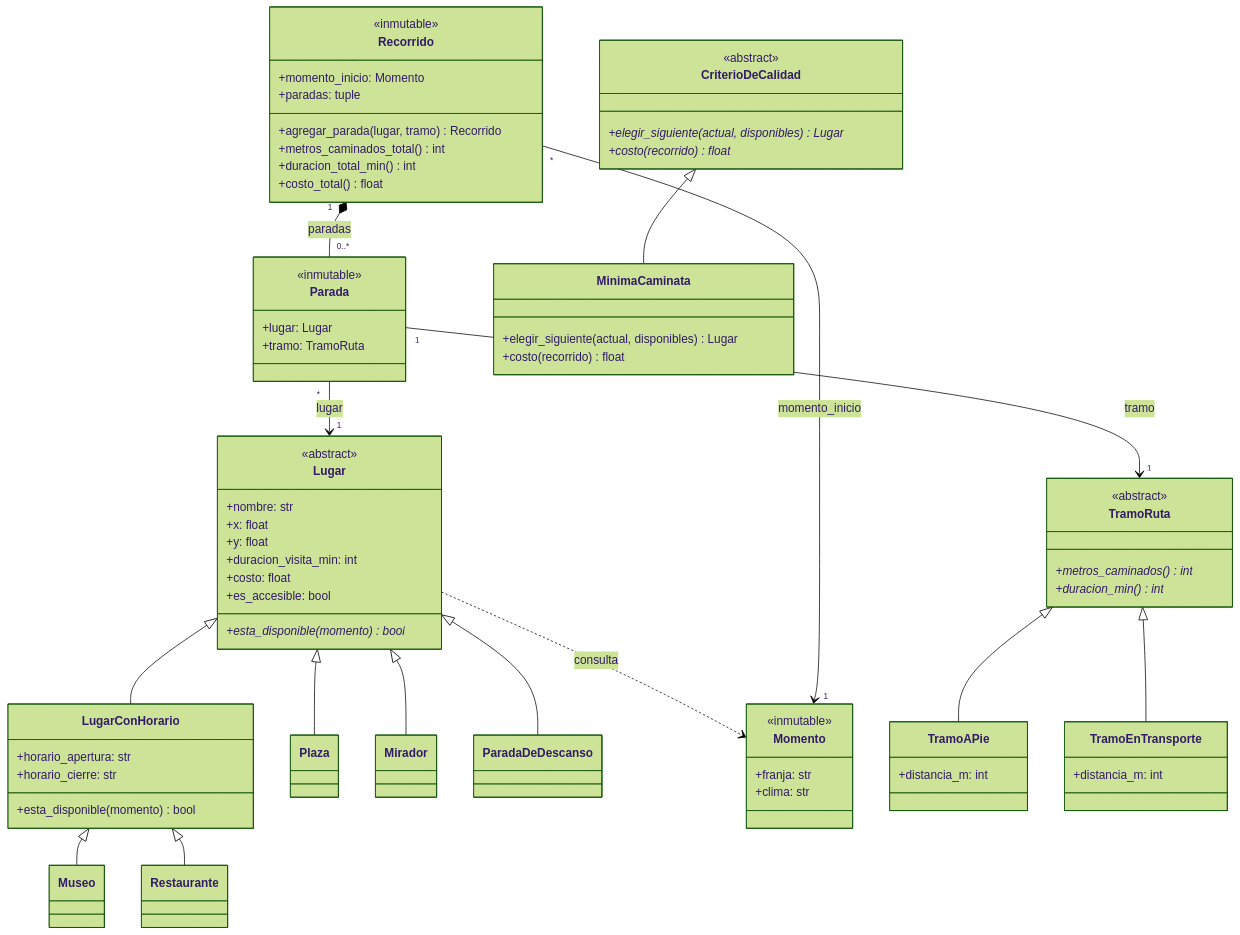
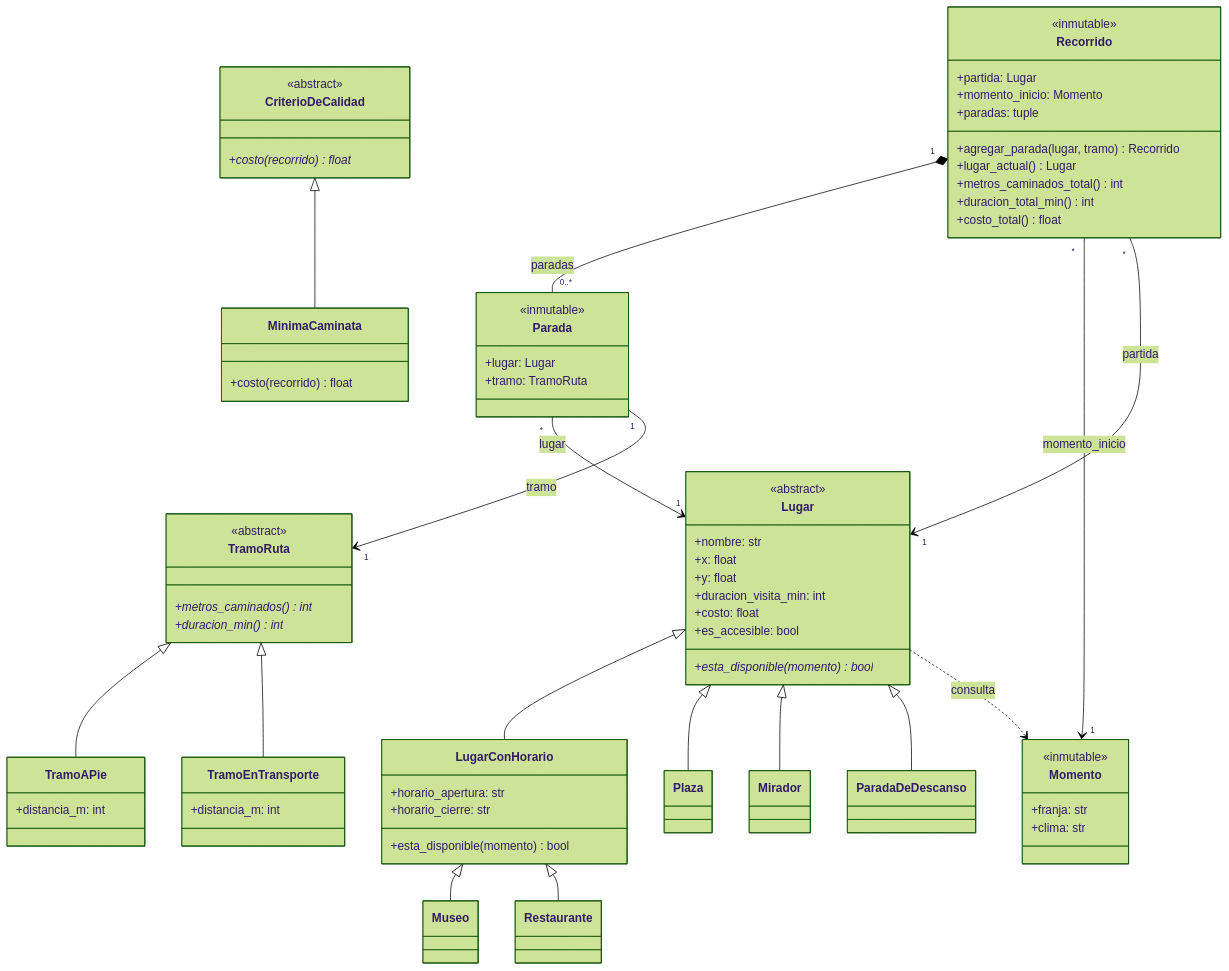
Before and after one commit to ernelol/ruta-viva: the diagram in DISENO.md, drawn with Mermaid (forest theme). The commit also changed other lines of this file and 5 other files, not shown here.

First line of the commit message:
Cambio de requisito: el criterio tiene una sola medida y el Recorrido conoce su partida

````diff
--- a/DISENO.md
+++ b/DISENO.md
@@ -15,81 +15,82 @@
 ```mermaid
 classDiagram
     class Lugar {
         <<abstract>>
         +nombre: str
         +x: float
         +y: float
         +duracion_visita_min: int
         +costo: float
         +es_accesible: bool
         +esta_disponible(momento) bool*
     }
     class LugarConHorario {
         +horario_apertura: str
         +horario_cierre: str
         +esta_disponible(momento) bool
     }
     class Museo
     class Restaurante
     class Plaza
     class Mirador
     class ParadaDeDescanso
     Lugar <|-- LugarConHorario
     LugarConHorario <|-- Museo
     LugarConHorario <|-- Restaurante
     Lugar <|-- Plaza
     Lugar <|-- Mirador
     Lugar <|-- ParadaDeDescanso
 
     class Momento {
         <<inmutable>>
         +franja: str
         +clima: str
     }
     Lugar ..> Momento : consulta
 
     class TramoRuta {
         <<abstract>>
         +metros_caminados() int*
         +duracion_min() int*
     }
     class TramoAPie {
         +distancia_m: int
     }
     class TramoEnTransporte {
         +distancia_m: int
     }
     TramoRuta <|-- TramoAPie
     TramoRuta <|-- TramoEnTransporte
 
     class Parada {
         <<inmutable>>
         +lugar: Lugar
         +tramo: TramoRuta
     }
     Parada "*" --> "1" Lugar : lugar
     Parada "1" --> "1" TramoRuta : tramo
 
     class Recorrido {
         <<inmutable>>
+        +partida: Lugar
         +momento_inicio: Momento
         +paradas: tuple
         +agregar_parada(lugar, tramo) Recorrido
+        +lugar_actual() Lugar
         +metros_caminados_total() int
         +duracion_total_min() int
         +costo_total() float
     }
     Recorrido "1" *-- "0..*" Parada : paradas
     Recorrido "*" --> "1" Momento : momento_inicio
+    Recorrido "*" --> "1" Lugar : partida
 
     class CriterioDeCalidad {
         <<abstract>>
-        +elegir_siguiente(actual, disponibles) Lugar*
         +costo(recorrido) float*
     }
     class MinimaCaminata {
-        +elegir_siguiente(actual, disponibles) Lugar
         +costo(recorrido) float
     }
     CriterioDeCalidad <|-- MinimaCaminata
 ```
````
